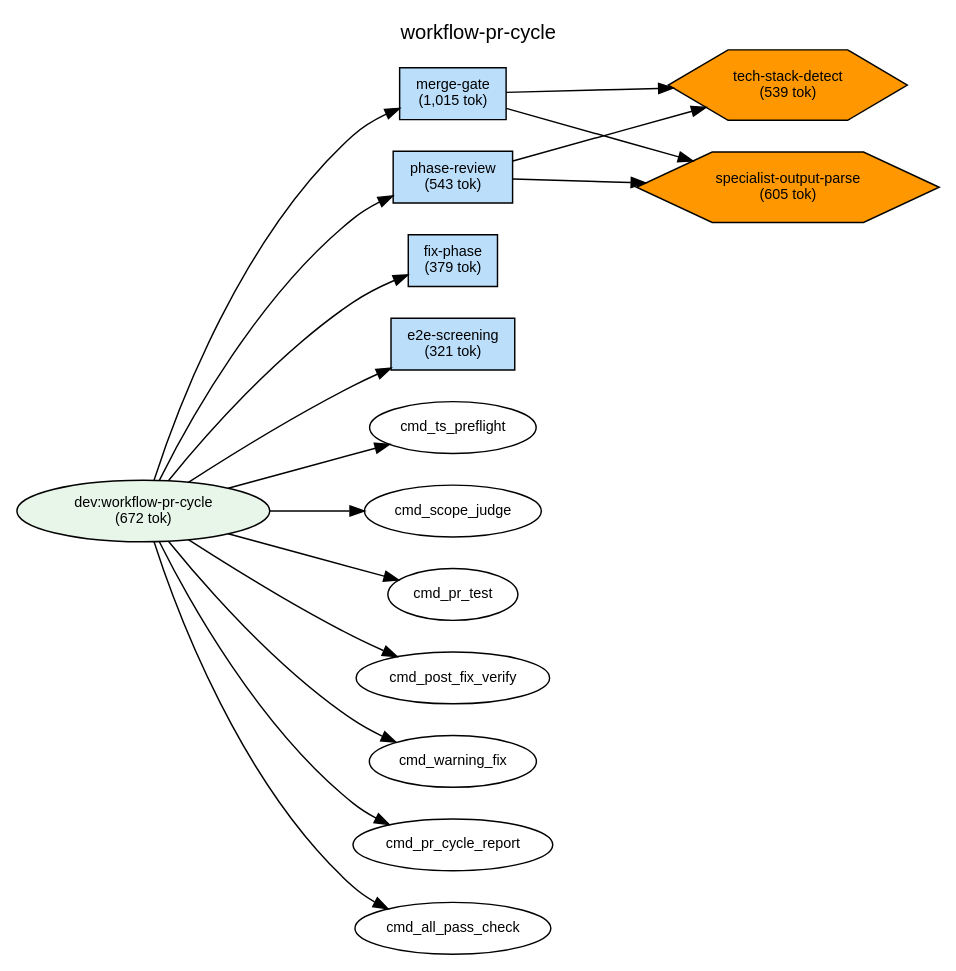
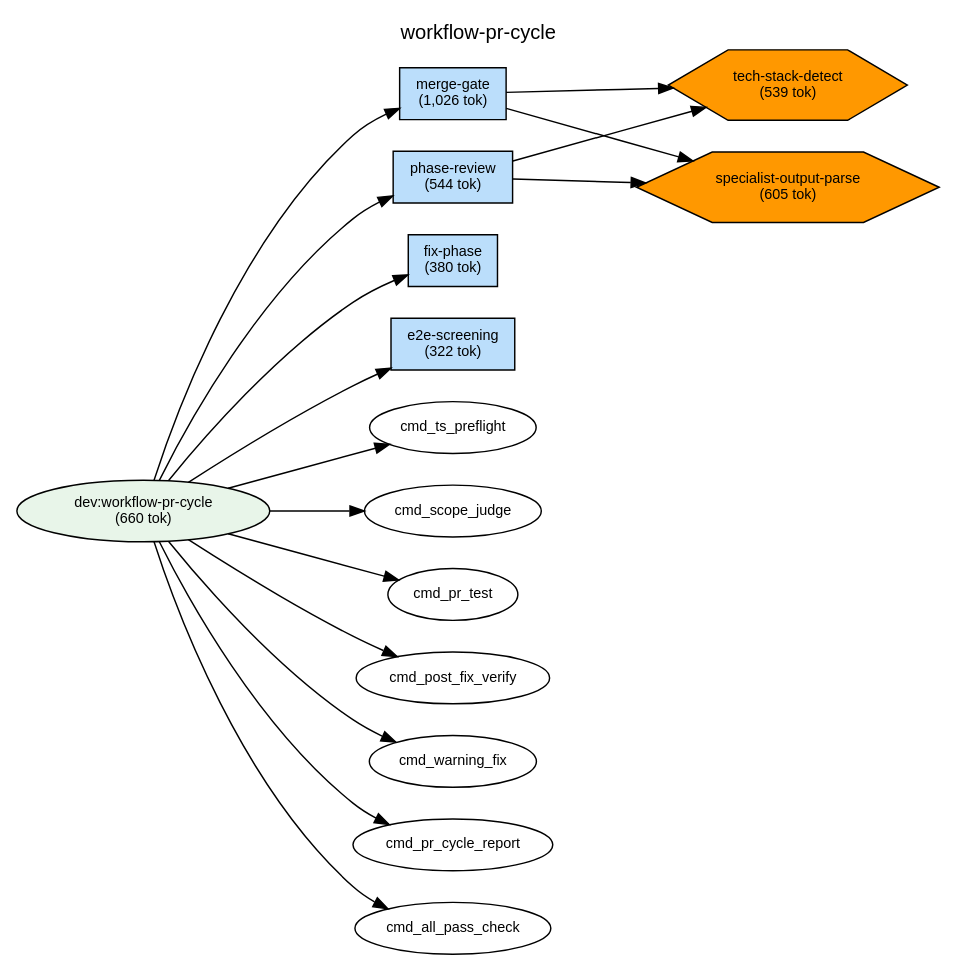
The diagram in plugins/dev/docs/deps-workflow-pr-cycle.dot (shuu5/twill), drawn with Graphviz before and after one commit. The commit also changed 35 other files, not shown here.

```diff
--- a/plugins/dev/docs/deps-workflow-pr-cycle.dot
+++ b/plugins/dev/docs/deps-workflow-pr-cycle.dot
@@ -1,60 +1,60 @@
 digraph Dependencies {
     // Graph settings
     rankdir=LR;
     ranksep=0.8;
     nodesep=0.3;
     fontname="Helvetica";
     node [fontname="Helvetica", fontsize=10];
     edge [fontname="Helvetica", fontsize=9];
     label="workflow-pr-cycle";
     labelloc=t;
     fontsize=14;
 
     // L0: Controller Skills
 
     // L0: Launchers
 
     // L0.5: Workflow Skills
-    skill_workflow_pr_cycle [label="dev:workflow-pr-cycle\n(672 tok)", shape=ellipse, style=filled, fillcolor="#e8f5e9"];
+    skill_workflow_pr_cycle [label="dev:workflow-pr-cycle\n(660 tok)", shape=ellipse, style=filled, fillcolor="#e8f5e9"];
 
     // Reference Skills
 
     // L1: Direct Commands
-    cmd_phase_review [label="phase-review\n(543 tok)", shape=box, style=filled, fillcolor="#bbdefb"];
-    cmd_fix_phase [label="fix-phase\n(379 tok)", shape=box, style=filled, fillcolor="#bbdefb"];
-    cmd_e2e_screening [label="e2e-screening\n(321 tok)", shape=box, style=filled, fillcolor="#bbdefb"];
-    cmd_merge_gate [label="merge-gate\n(1,015 tok)", shape=box, style=filled, fillcolor="#bbdefb"];
+    cmd_phase_review [label="phase-review\n(544 tok)", shape=box, style=filled, fillcolor="#bbdefb"];
+    cmd_fix_phase [label="fix-phase\n(380 tok)", shape=box, style=filled, fillcolor="#bbdefb"];
+    cmd_e2e_screening [label="e2e-screening\n(322 tok)", shape=box, style=filled, fillcolor="#bbdefb"];
+    cmd_merge_gate [label="merge-gate\n(1,026 tok)", shape=box, style=filled, fillcolor="#bbdefb"];
 
     // L2: Sub Commands
 
     // L3: Agents
 
     // L3.5: Scripts
     script_tech_stack_detect [label="tech-stack-detect\n(539 tok)", shape=hexagon, style=filled, fillcolor="#FF9800"];
     script_specialist_output_parse [label="specialist-output-parse\n(605 tok)", shape=hexagon, style=filled, fillcolor="#FF9800"];
 
     // L4: External
 
     // Layer constraints
     { rank=same; skill_workflow_pr_cycle; }
     { rank=same; cmd_phase_review; cmd_fix_phase; cmd_e2e_screening; cmd_merge_gate; }
     { rank=same; script_tech_stack_detect; script_specialist_output_parse; }
 
     // Edges
     skill_workflow_pr_cycle -> cmd_ts_preflight;
     skill_workflow_pr_cycle -> cmd_phase_review;
     skill_workflow_pr_cycle -> cmd_scope_judge;
     skill_workflow_pr_cycle -> cmd_pr_test;
     skill_workflow_pr_cycle -> cmd_fix_phase;
     skill_workflow_pr_cycle -> cmd_post_fix_verify;
     skill_workflow_pr_cycle -> cmd_warning_fix;
     skill_workflow_pr_cycle -> cmd_e2e_screening;
     skill_workflow_pr_cycle -> cmd_pr_cycle_report;
     skill_workflow_pr_cycle -> cmd_all_pass_check;
     skill_workflow_pr_cycle -> cmd_merge_gate;
     cmd_phase_review -> script_specialist_output_parse;
     cmd_phase_review -> script_tech_stack_detect;
     cmd_merge_gate -> script_specialist_output_parse;
     cmd_merge_gate -> script_tech_stack_detect;
 
 }
```
